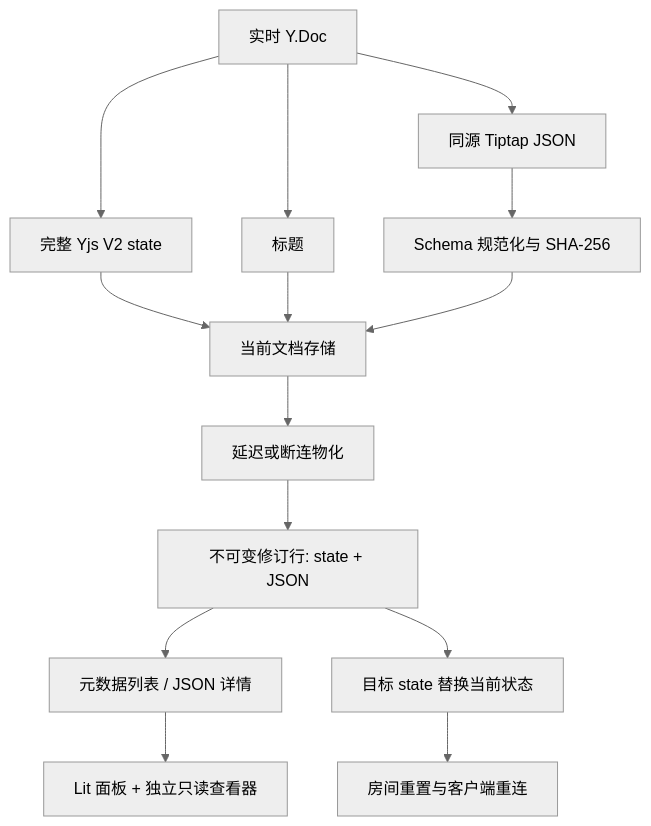
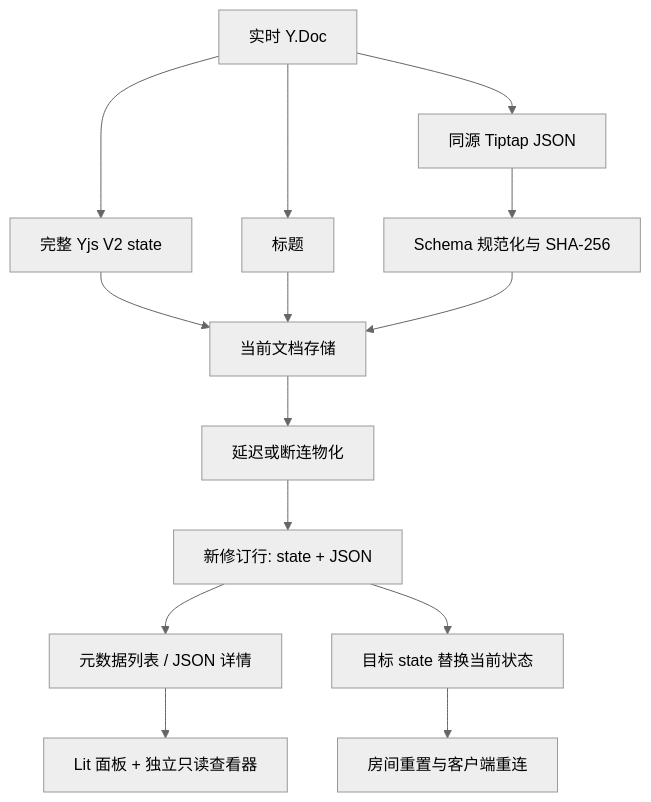
One commit to MoMeak9/tiptap-yjs-snapshot changed the first of 2 diagrams in docs/architecture.zh-CN.md. Above: the diagram before and after it, drawn with Mermaid (neutral theme). The commit also changed other lines of this file and 20 other files, not shown here.

````diff
--- a/docs/architecture.zh-CN.md
+++ b/docs/architecture.zh-CN.md
@@ -13,16 +13,16 @@
 ```mermaid
 flowchart TD
   LIVE[实时 Y.Doc] --> STATE[完整 Yjs V2 state]
   LIVE --> JSON[同源 Tiptap JSON]
   LIVE --> TITLE[标题]
   JSON --> CANON[Schema 规范化与 SHA-256]
   STATE --> CURRENT[当前文档存储]
   TITLE --> CURRENT
   CANON --> CURRENT
   CURRENT --> JOB[延迟或断连物化]
-  JOB --> REV[不可变修订行: state + JSON]
+  JOB --> REV[新修订行: state + JSON]
   REV --> API[元数据列表 / JSON 详情]
   API --> UI[Lit 面板 + 独立只读查看器]
   REV --> RESTORE[目标 state 替换当前状态]
   RESTORE --> RESET[房间重置与客户端重连]
 ```
````
